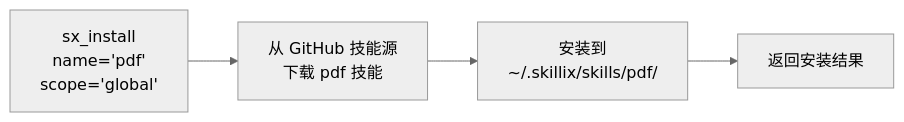
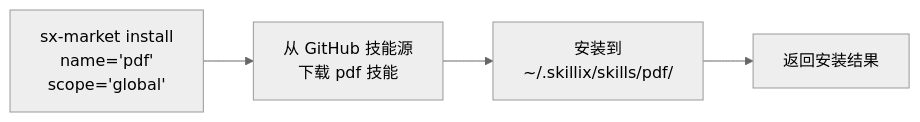
The first of 6 diagrams in design/02-设计/20260111-03-自动创建与进化设计.md (shetengteng/skillix-mcp), drawn with Mermaid (neutral theme) before and after one commit. The commit also changed other lines of this file, not shown here.

````diff
--- a/design/02-设计/20260111-03-自动创建与进化设计.md
+++ b/design/02-设计/20260111-03-自动创建与进化设计.md
@@ -234,6 +236,6 @@
 ```mermaid
 flowchart LR
-    A["sx_install<br/>name='pdf'<br/>scope='global'"] --> B[从 GitHub 技能源<br/>下载 pdf 技能]
+    A["sx-market install<br/>name='pdf'<br/>scope='global'"] --> B[从 GitHub 技能源<br/>下载 pdf 技能]
     B --> C["安装到<br/>~/.skillix/skills/pdf/"]
     C --> D[返回安装结果]
 ```
````
